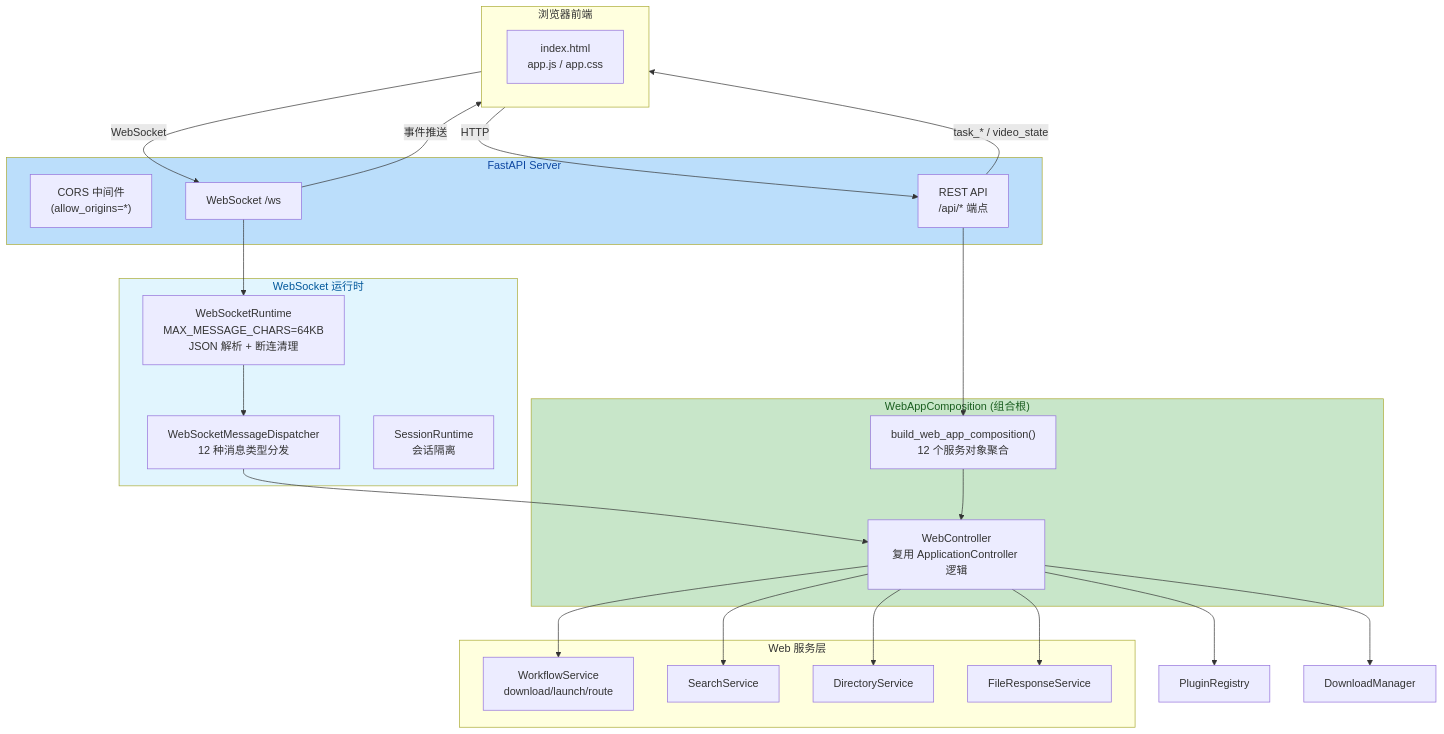
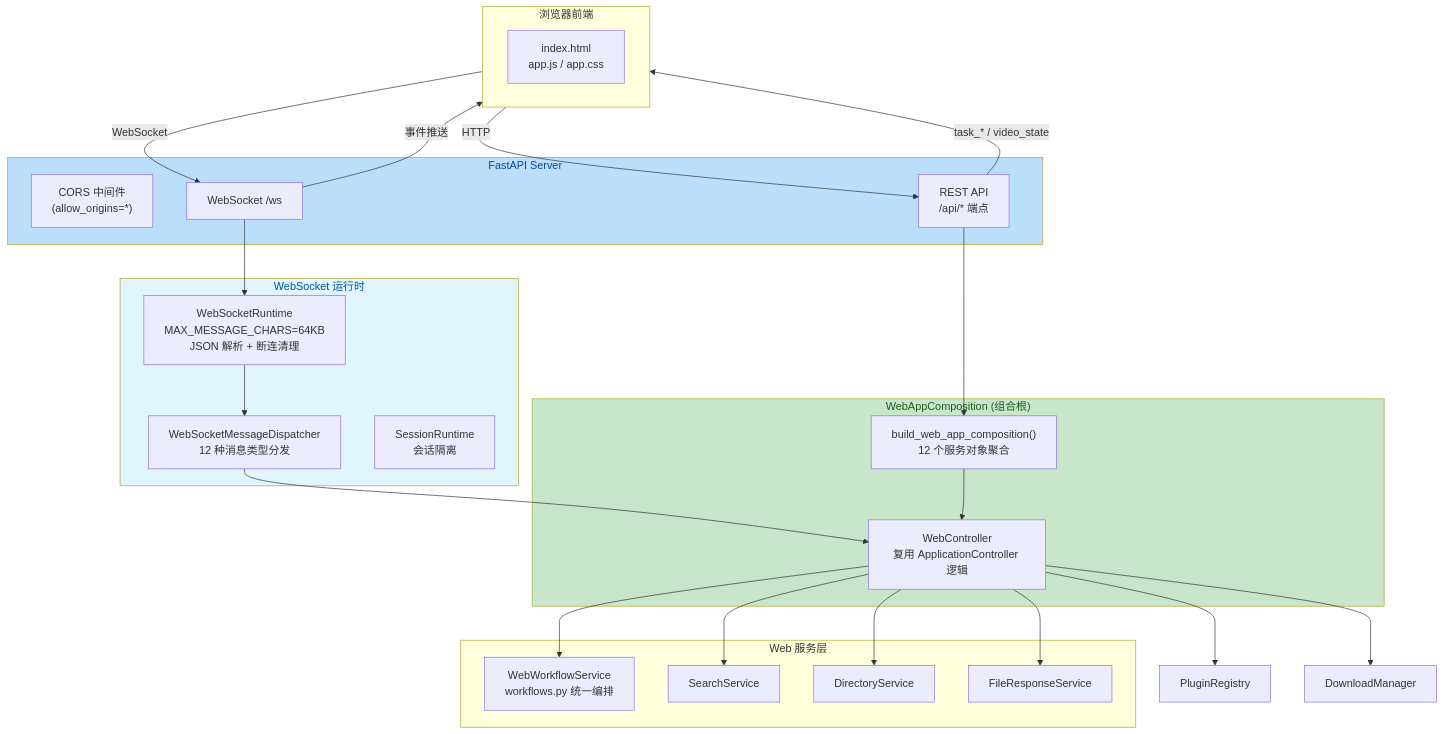
One commit to haohaizi554/UniversalCrawler changed the first of 5 diagrams in mermaid/06-web-runtime.md. Above: the diagram before and after it, drawn with Mermaid. The commit also changed 18 other files, not shown here.

````diff
--- a/mermaid/06-web-runtime.md
+++ b/mermaid/06-web-runtime.md
@@ -5,51 +5,51 @@
 ```mermaid
 flowchart TB
     subgraph Browser["浏览器前端"]
         HTML["index.html<br/>app.js / app.css"]
     end
 
     subgraph Server["FastAPI Server"]
         CORS["CORS 中间件<br/>(allow_origins=*)"]
         REST["REST API<br/>/api/* 端点"]
         WS["WebSocket /ws"]
     end
 
     subgraph Composition["WebAppComposition (组合根)"]
         Comp["build_web_app_composition()<br/>12 个服务对象聚合"]
         WebCtrl["WebController<br/>复用 ApplicationController 逻辑"]
     end
 
     subgraph Runtime["WebSocket 运行时"]
         Disp["WebSocketMessageDispatcher<br/>12 种消息类型分发"]
         WSRt["WebSocketRuntime<br/>MAX_MESSAGE_CHARS=64KB<br/>JSON 解析 + 断连清理"]
         SessRt["SessionRuntime<br/>会话隔离"]
     end
 
     subgraph Services["Web 服务层"]
-        Workflow["WorkflowService<br/>download/launch/route"]
+        Workflow["WebWorkflowService<br/>workflows.py 统一编排"]
         Search["SearchService"]
         DirSvc["DirectoryService"]
         FileResp["FileResponseService"]
     end
 
     Browser -->|HTTP| REST
     Browser -->|WebSocket| WS
     REST --> Comp
     WS --> WSRt
     WSRt --> Disp
     Disp --> WebCtrl
     Comp --> WebCtrl
     WebCtrl --> Workflow
     WebCtrl --> Search
     WebCtrl --> DirSvc
     WebCtrl --> FileResp
     WebCtrl --> Plugin["PluginRegistry"]
     WebCtrl --> Download["DownloadManager"]
 
     REST -->|task_* / video_state| Browser
     WS -->|事件推送| Browser
 
     style Server fill:#bbdefb,color:#0d47a1
     style Composition fill:#c8e6c9,color:#1a5e20
     style Runtime fill:#e1f5fe,color:#01579b
 ```
````
